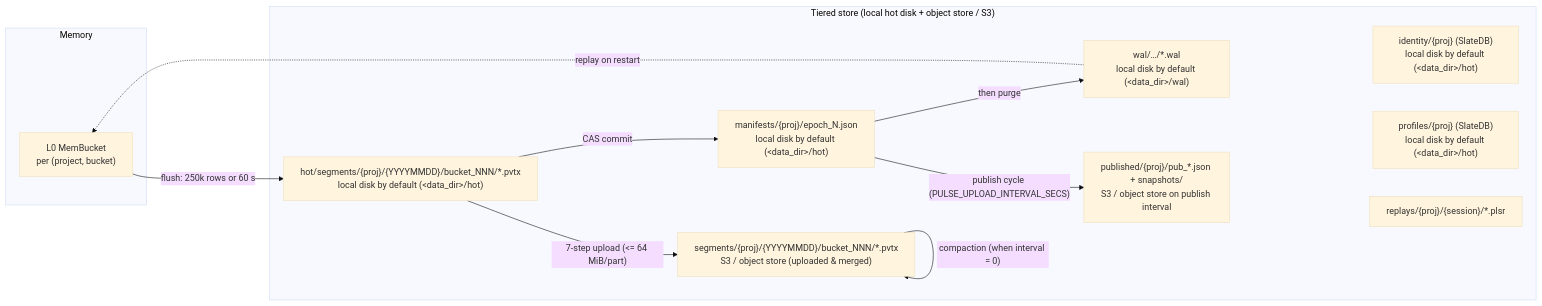
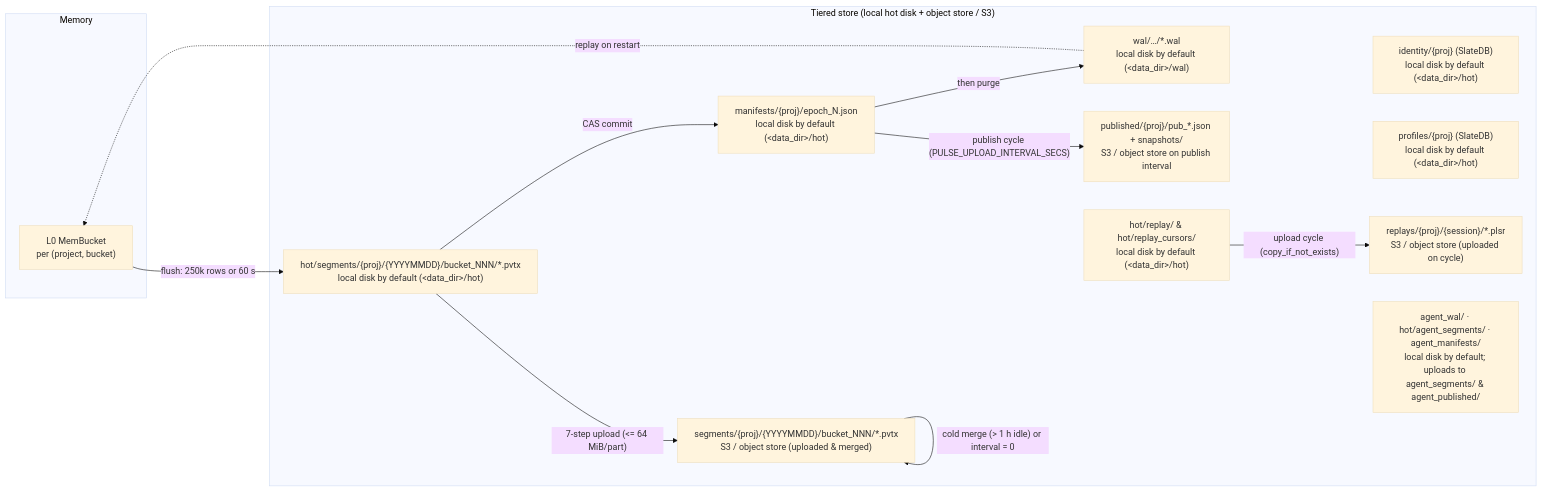
The second of 3 diagrams in docs/how-it-works.md (sswapnil2/analytics-system), drawn with Mermaid (base theme) before and after one commit. The commit also changed other lines of this file and 35 other files, not shown here.

Commit message:
feat(storage,agent): implement T4 agent local hot tier, physical erasure, and docs (M5b2)

````diff
--- a/docs/how-it-works.md
+++ b/docs/how-it-works.md
@@ -91,23 +91,26 @@
 ```mermaid
 flowchart LR
     subgraph mem["Memory"]
         L0["L0 MemBucket<br/>per (project, bucket)"]
     end
     subgraph os["Tiered store (local hot disk + object store / S3)"]
         WAL["wal/…/*.wal<br/>local disk by default (&lt;data_dir&gt;/wal)"]
         HSEG["hot/segments/{proj}/{YYYYMMDD}/bucket_NNN/*.pvtx<br/>local disk by default (&lt;data_dir&gt;/hot)"]
         SEG["segments/{proj}/{YYYYMMDD}/bucket_NNN/*.pvtx<br/>S3 / object store (uploaded &amp; merged)"]
         MAN["manifests/{proj}/epoch_N.json<br/>local disk by default (&lt;data_dir&gt;/hot)"]
         PUB["published/{proj}/pub_*.json + snapshots/<br/>S3 / object store on publish interval"]
         ID["identity/{proj} (SlateDB)<br/>local disk by default (&lt;data_dir&gt;/hot)"]
         PROF["profiles/{proj} (SlateDB)<br/>local disk by default (&lt;data_dir&gt;/hot)"]
-        REP["replays/{proj}/{session}/*.plsr"]
+        HREP["hot/replay/ &amp; hot/replay_cursors/<br/>local disk by default (&lt;data_dir&gt;/hot)"]
+        REP["replays/{proj}/{session}/*.plsr<br/>S3 / object store (uploaded on cycle)"]
+        AGH["agent_wal/ · hot/agent_segments/ · agent_manifests/<br/>local disk by default; uploads to agent_segments/ &amp; agent_published/"]
     end
     WAL -. replay on restart .-> L0
     L0 -- "flush: 250k rows or 60 s" --> HSEG
     HSEG -- "CAS commit" --> MAN
     MAN -- "then purge" --> WAL
     HSEG -- "7-step upload (<= 64 MiB/part)" --> SEG
     MAN -- "publish cycle (PULSE_UPLOAD_INTERVAL_SECS)" --> PUB
-    SEG -- "compaction (when interval = 0)" --> SEG
+    HREP -- "upload cycle (copy_if_not_exists)" --> REP
+    SEG -- "cold merge (> 1 h idle) or interval = 0" --> SEG
 ```
````
